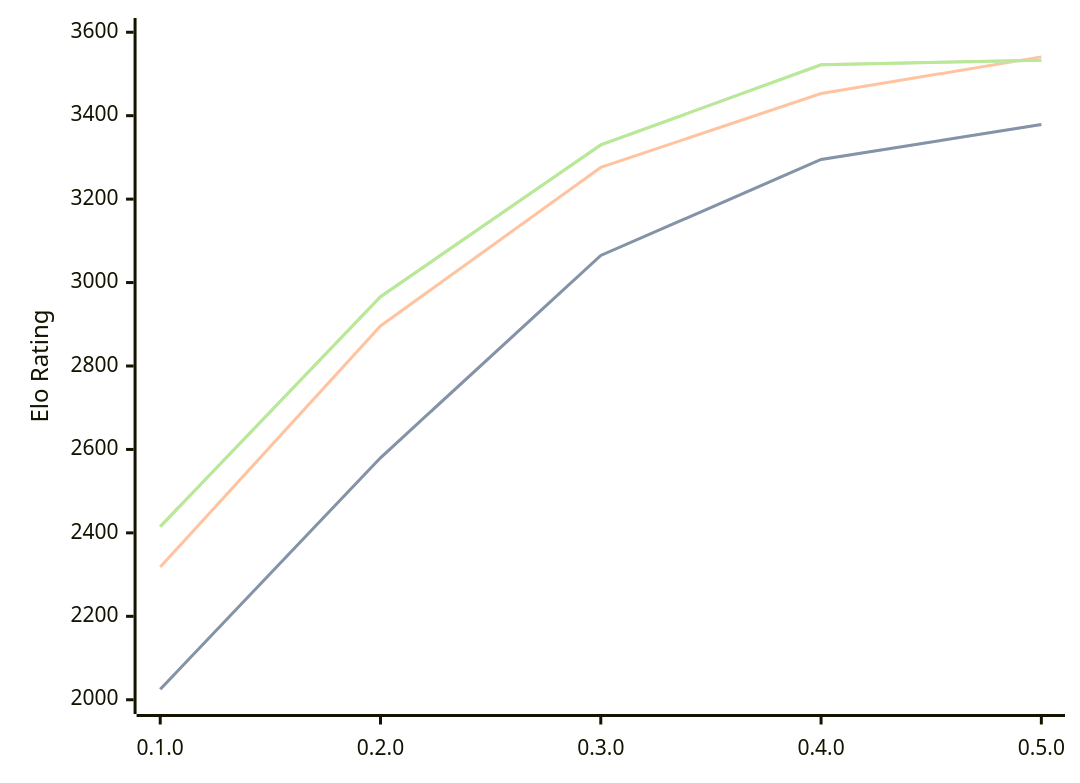
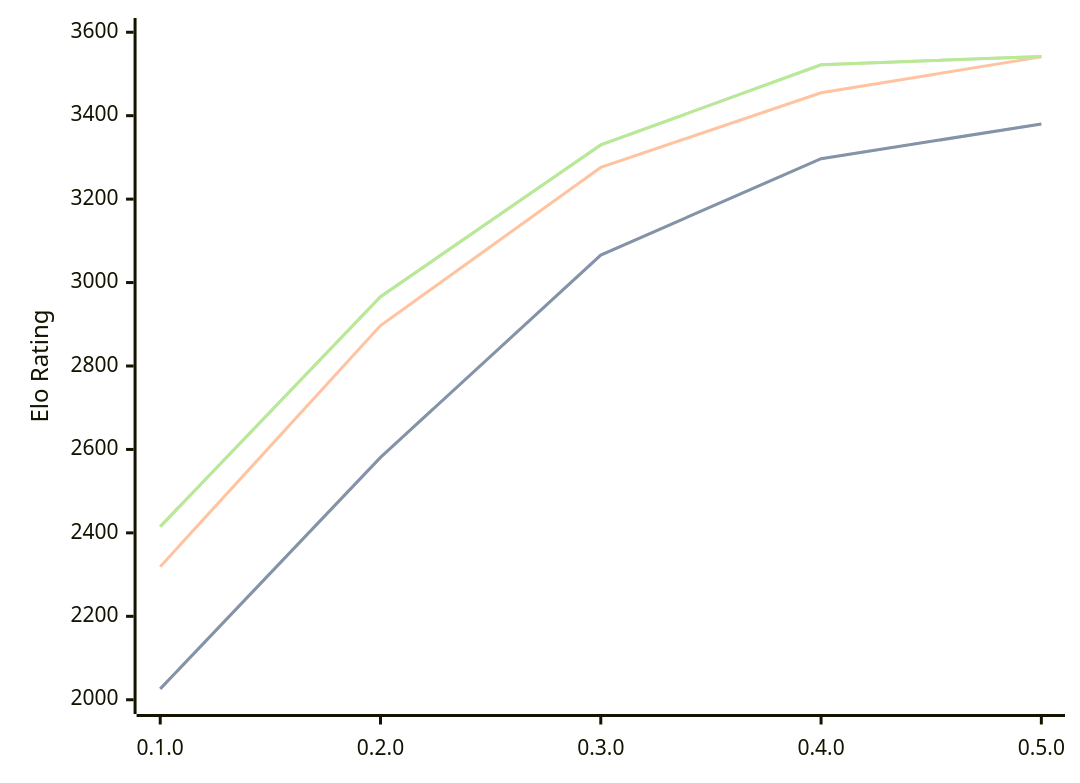
Before and after one commit to computer-chess-index/cci: the diagram in engines/Justbot.md, drawn with Mermaid. The commit also changed other lines of this file, not shown here.

Commit message:
Update CCI Ratings (ELO VLTC) - 2026-10-08

````diff
--- a/engines/Justbot.md
+++ b/engines/Justbot.md
@@ -35,11 +35,11 @@
 ```mermaid
 %%{init: {"theme":"base","themeVariables":{"seriesColors:['#a3a3a3','#222221','#faa371']}}}%%
 xychart-beta
   x-axis ["0.1.0", "0.2.0", "0.3.0", "0.4.0", "0.5.0"]
   y-axis "Elo Rating" 2000 --> 3600
-  line "" [2025, 2580, 3065, 3295, 3379]
-  line "STC (8.0+0.08s)" [2025, 2580, 3065, 3295, 3379]
-  line "LTC (60.0+0.60s)" [2318, 2896, 3276, 3453, 3541]
-  line "" [2415, 2966, 3330, 3522, 3533]
-  line "VLTC (2m24s+1.12s)" [2415, 2966, 3330, 3522, 3533]
+  line "" [2026, 2581, 3066, 3297, 3380]
+  line "STC (8.0+0.08s)" [2026, 2581, 3066, 3297, 3380]
+  line "LTC (60.0+0.60s)" [2319, 2897, 3276, 3455, 3541]
+  line "" [2415, 2966, 3330, 3522, 3542]
+  line "VLTC (2m24s+1.12s)" [2415, 2966, 3330, 3522, 3542]
 ```
````
